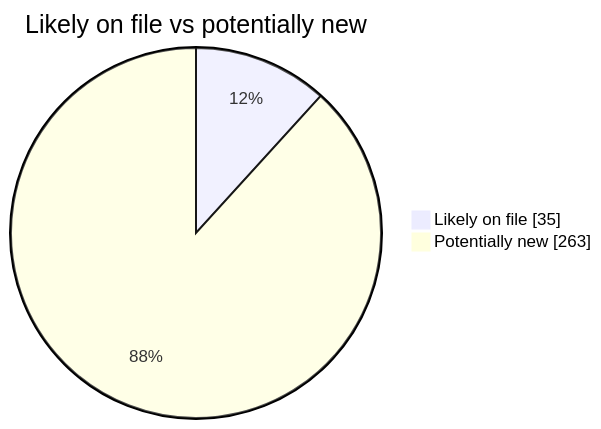
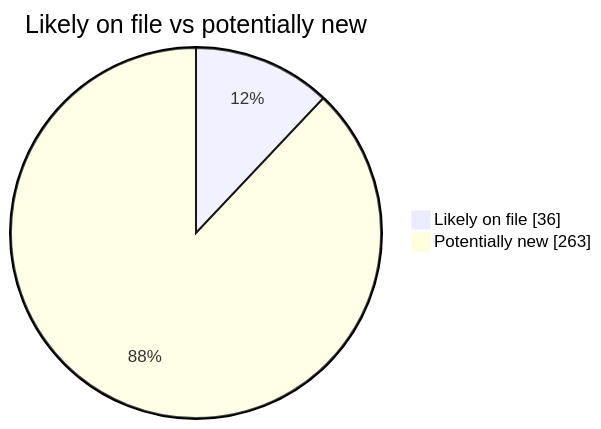
Before and after one commit to martinbalfanz/social-scanner-reports: the second of 4 diagrams in README.md, drawn with Mermaid. The commit also changed other lines of this file and 2 other files, not shown here.

````diff
--- a/README.md
+++ b/README.md
@@ -40,5 +40,5 @@
 ```mermaid
 pie showData title Likely on file vs potentially new
-    "Likely on file" : 35
+    "Likely on file" : 36
     "Potentially new" : 263
 ```
````
